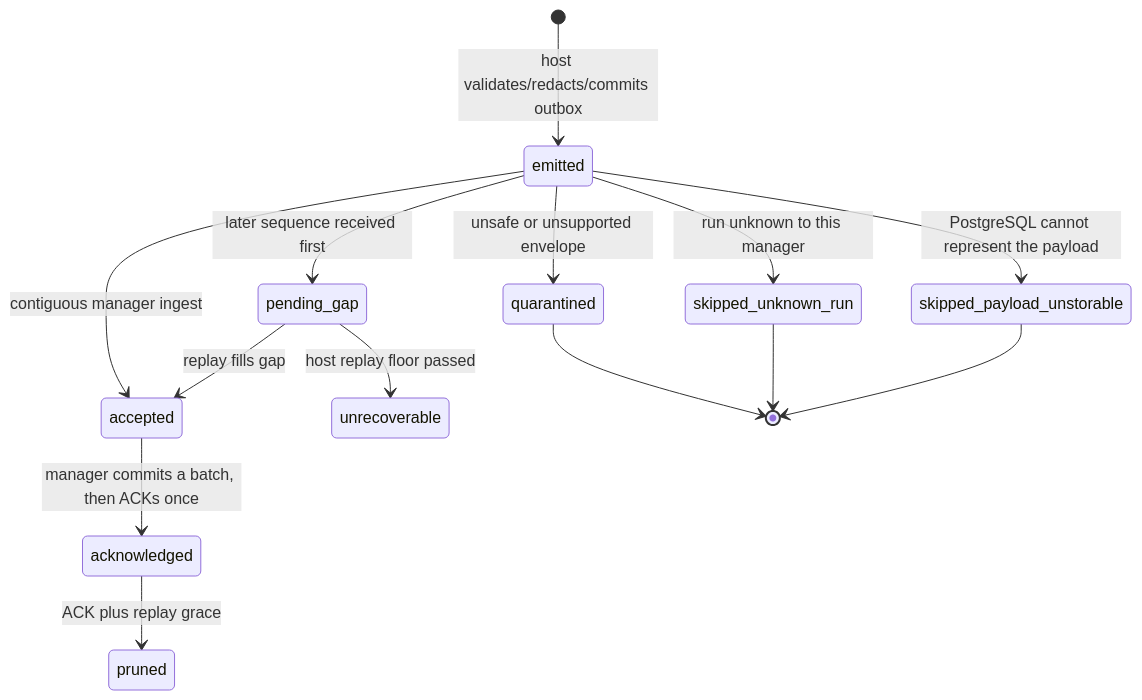
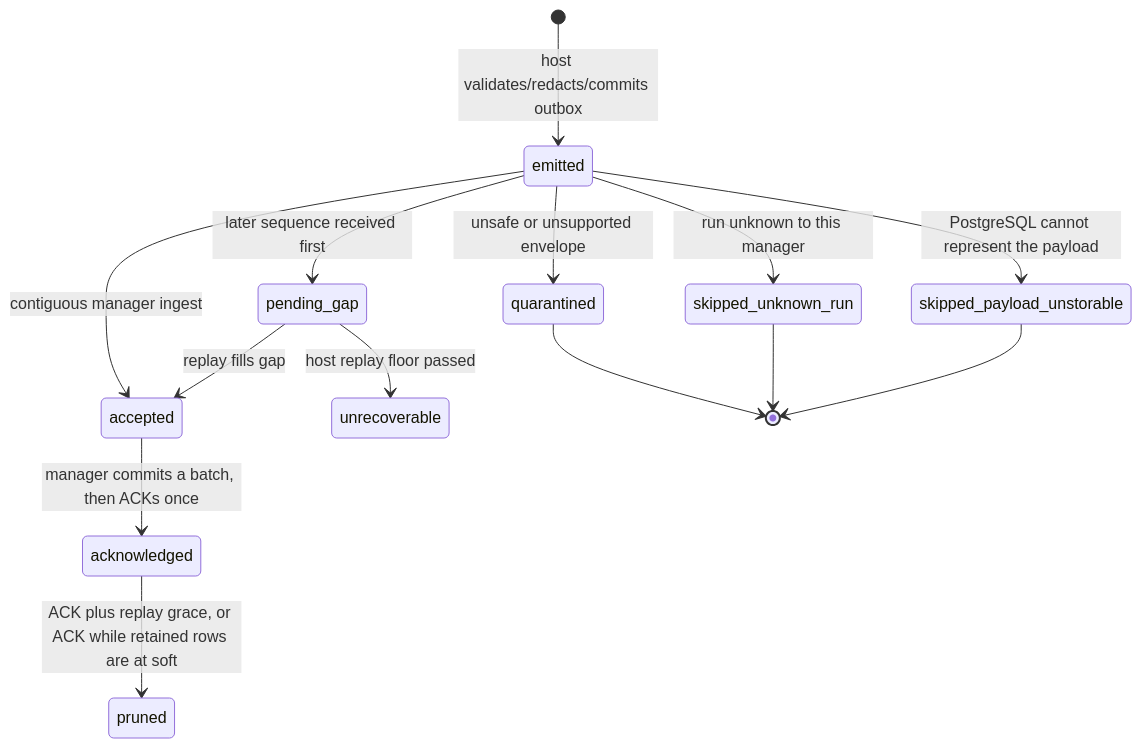
The first of 3 diagrams in docs/system-analytics/execution-event-plane.md (maister-dev/maister), drawn with Mermaid before and after one commit. The commit also changed other lines of this file and 27 other files, not shown here.

````diff
--- a/docs/system-analytics/execution-event-plane.md
+++ b/docs/system-analytics/execution-event-plane.md
@@ -32,16 +32,16 @@
 ```mermaid
 stateDiagram-v2
   [*] --> emitted: host validates/redacts/commits outbox
   emitted --> pending_gap: later sequence received first
   emitted --> accepted: contiguous manager ingest
   pending_gap --> accepted: replay fills gap
   accepted --> acknowledged: manager commits a batch, then ACKs once
   pending_gap --> unrecoverable: host replay floor passed
   emitted --> quarantined: unsafe or unsupported envelope
   quarantined --> [*]
   emitted --> skipped_unknown_run: run unknown to this manager
   skipped_unknown_run --> [*]
   emitted --> skipped_payload_unstorable: PostgreSQL cannot represent the payload
   skipped_payload_unstorable --> [*]
-  acknowledged --> pruned: ACK plus replay grace
+  acknowledged --> pruned: ACK plus replay grace, or ACK while retained rows are at soft
 ```
````
